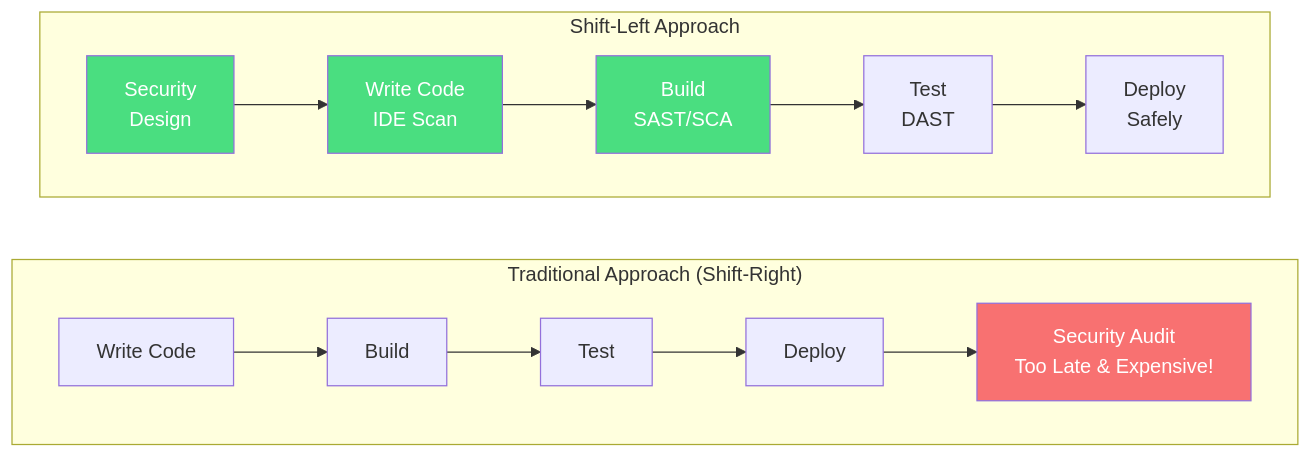
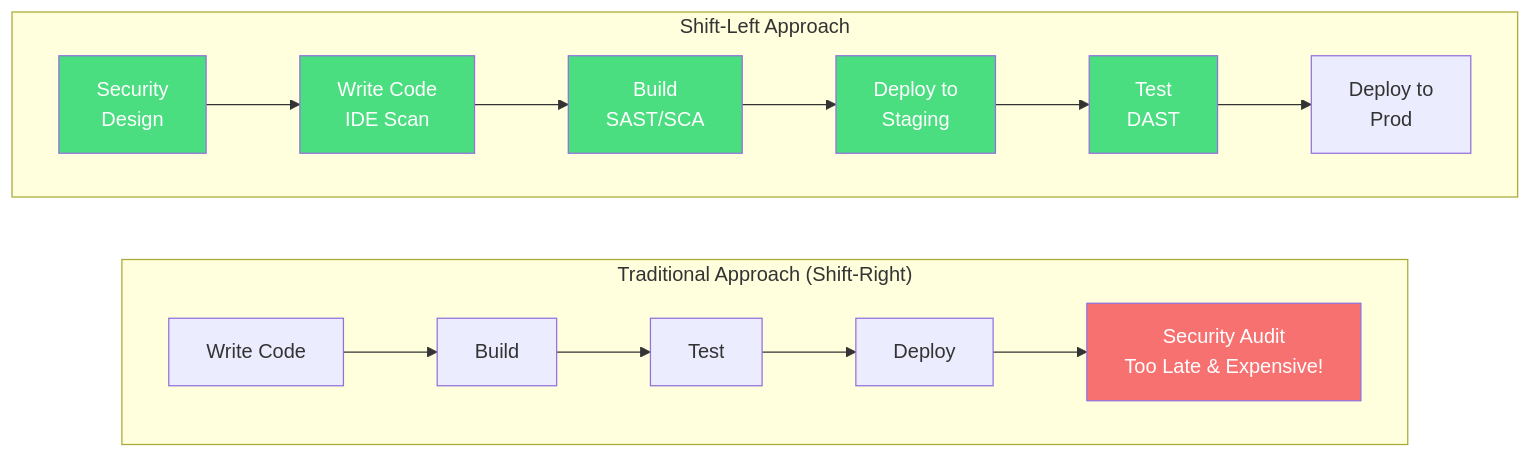
One commit to deenamanick/Intro-Devops changed the first of 22 diagrams in devsecops.md. Above: the diagram before and after it, drawn with Mermaid. The commit also changed other lines of this file, not shown here.

````diff
--- a/devsecops.md
+++ b/devsecops.md
@@ -21,16 +21,18 @@
 ```mermaid
 graph LR
   subgraph Trad ["Traditional Approach (Shift-Right)"]
     direction LR
     T1[Write Code] --> T2[Build] --> T3[Test] --> T4[Deploy] --> T5[Security Audit<br>Too Late & Expensive!]
     style T5 fill:#f87171,color:#fff
   end
   
   subgraph ShiftLeft ["Shift-Left Approach"]
     direction LR
-    S1[Security<br>Design] --> S2[Write Code<br>IDE Scan] --> S3[Build<br>SAST/SCA] --> S4[Test<br>DAST] --> S5[Deploy<br>Safely]
+    S1[Security<br>Design] --> S2[Write Code<br>IDE Scan] --> S3[Build<br>SAST/SCA] --> S4[Deploy to<br>Staging] --> S5[Test<br>DAST] --> S6[Deploy to<br>Prod]
     style S1 fill:#4ade80,color:#fff
     style S2 fill:#4ade80,color:#fff
     style S3 fill:#4ade80,color:#fff
+    style S4 fill:#4ade80,color:#fff
+    style S5 fill:#4ade80,color:#fff
   end
 ```
````
